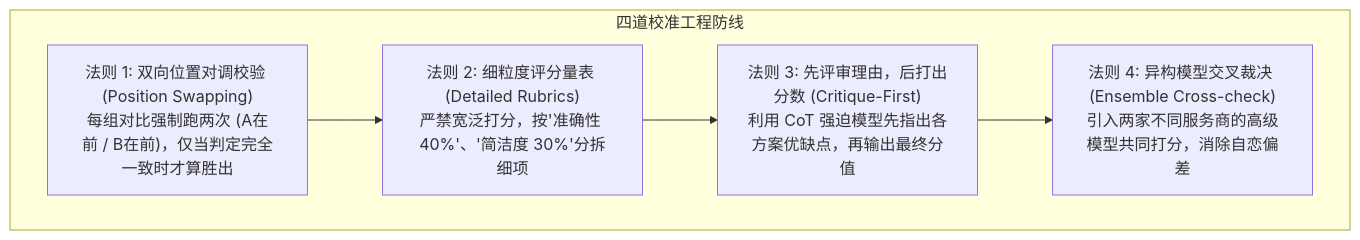
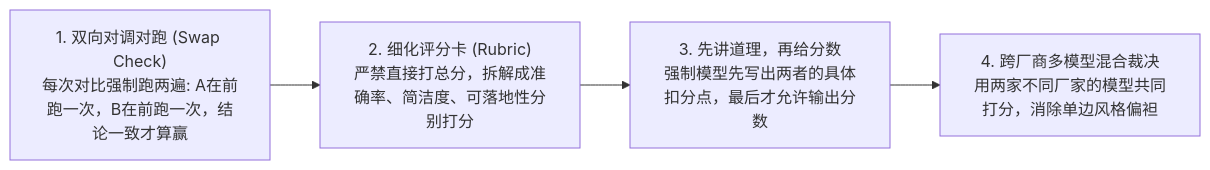
Before and after one commit to ljh12138164/ai-agent-study: the third of 3 diagrams in app/ch07-evaluation/03-llm-as-a-judge-and-biases/page.mdx, drawn with Mermaid. The commit also changed other lines of this file and 43 other files, not shown here.

````diff
--- a/app/ch07-evaluation/03-llm-as-a-judge-and-biases/page.mdx
+++ b/app/ch07-evaluation/03-llm-as-a-judge-and-biases/page.mdx
@@ -62,14 +51,7 @@
 ```mermaid
-graph TD
-    subgraph Calibrations["四道校准工程防线"]
-        C1["法则 1: 双向位置对调校验 (Position Swapping)<br/>每组对比强制跑两次 (A在前 / B在前)，仅当判定完全一致时才算胜出"]
-        
-        C2["法则 2: 细粒度评分量表 (Detailed Rubrics)<br/>严禁宽泛打分，按'准确性 40%'、'简洁度 30%'分拆细项"]
-        
-        C3["法则 3: 先评审理由，后打出分数 (Critique-First)<br/>利用 CoT 强迫模型先指出各方案优缺点，再输出最终分值"]
-        
-        C4["法则 4: 异构模型交叉裁决 (Ensemble Cross-check)<br/>引入两家不同服务商的高级模型共同打分，消除自恋偏差"]
-    end
-    
-    C1 --> C2 --> C3 --> C4
+flowchart LR
+    C1["1. 双向对调对跑 (Swap Check)<br/>每次对比强制跑两遍: A在前跑一次，B在前跑一次，结论一致才算赢"]
+    --> C2["2. 细化评分卡 (Rubric)<br/>严禁直接打总分，拆解成准确率、简洁度、可落地性分别打分"]
+    --> C3["3. 先讲道理，再给分数<br/>强制模型先写出两者的具体扣分点，最后才允许输出分数"]
+    --> C4["4. 跨厂商多模型混合裁决<br/>用两家不同厂家的模型共同打分，消除单边风格偏袒"]
 ```
````
